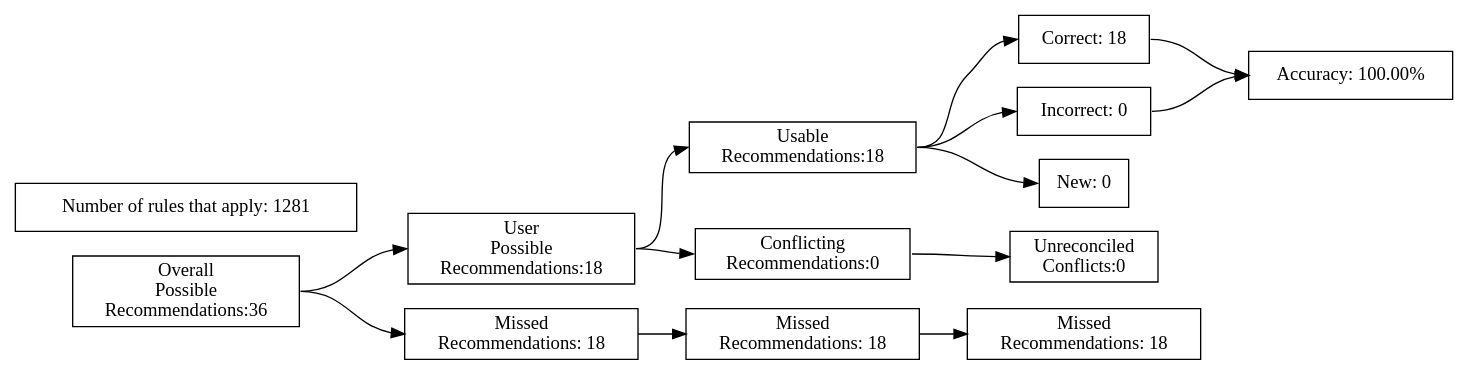
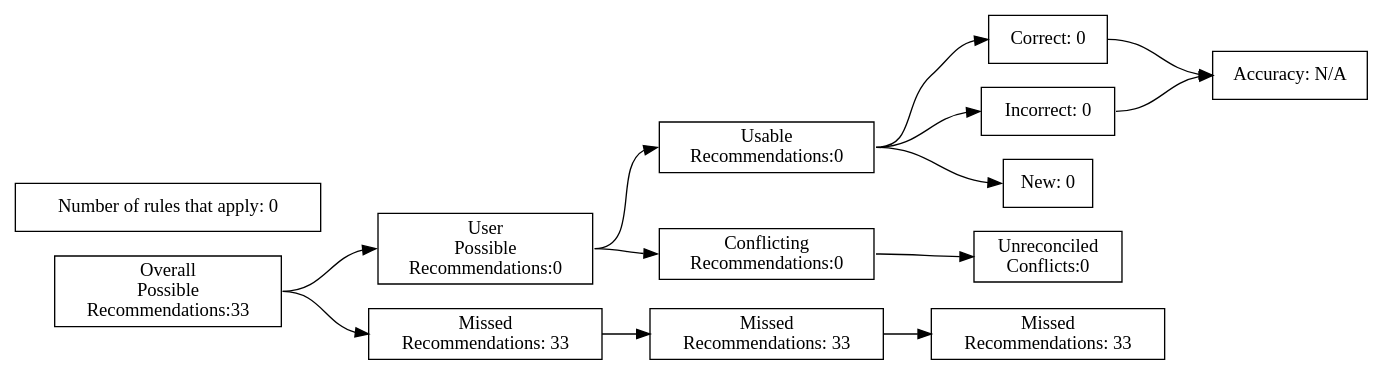
Before and after one commit to ZaxR/ibd_diet_analysis: the diagram in test_renders/1.gv, drawn with Graphviz. The commit also changed 228 other files, not shown here.

```diff
--- a/test_renders/1.gv
+++ b/test_renders/1.gv
@@ -1,40 +1,40 @@
 digraph {
 	graph [rankdir=LR]
 	node [pos=r shape=box]
 	edge [headport=w tailport=e]
 		A [label="Overall
 Possible
-Recommendations:36"]
+Recommendations:33"]
 		B [label="User
 Possible
-Recommendations:18"]
+Recommendations:0"]
 		C [label="Missed
-Recommendations: 18"]
+Recommendations: 33"]
 		D [label="Usable
-Recommendations:18"]
+Recommendations:0"]
 		E [label="Conflicting
 Recommendations:0"]
 		J [label="Missed
-Recommendations: 18"]
+Recommendations: 33"]
 		M [label="Unreconciled
 Conflicts:0"]
-		F [label="Correct: 18"]
+		F [label="Correct: 0"]
 		G [label="Incorrect: 0"]
 		H [label="New: 0"]
 		K [label="Missed
-Recommendations: 18"]
-		I [label="Accuracy: 100.00%"]
-		l [label="Number of rules that apply: 1281"]
+Recommendations: 33"]
+		I [label="Accuracy: N/A"]
+		l [label="Number of rules that apply: 0"]
 			A -> B
 			A -> C
 			B -> D
 			B -> E
 			D -> F
 			D -> G
 			D -> H
 			F -> I
 			G -> I
 			C -> J
 			J -> K
 			E -> M
 }
```
